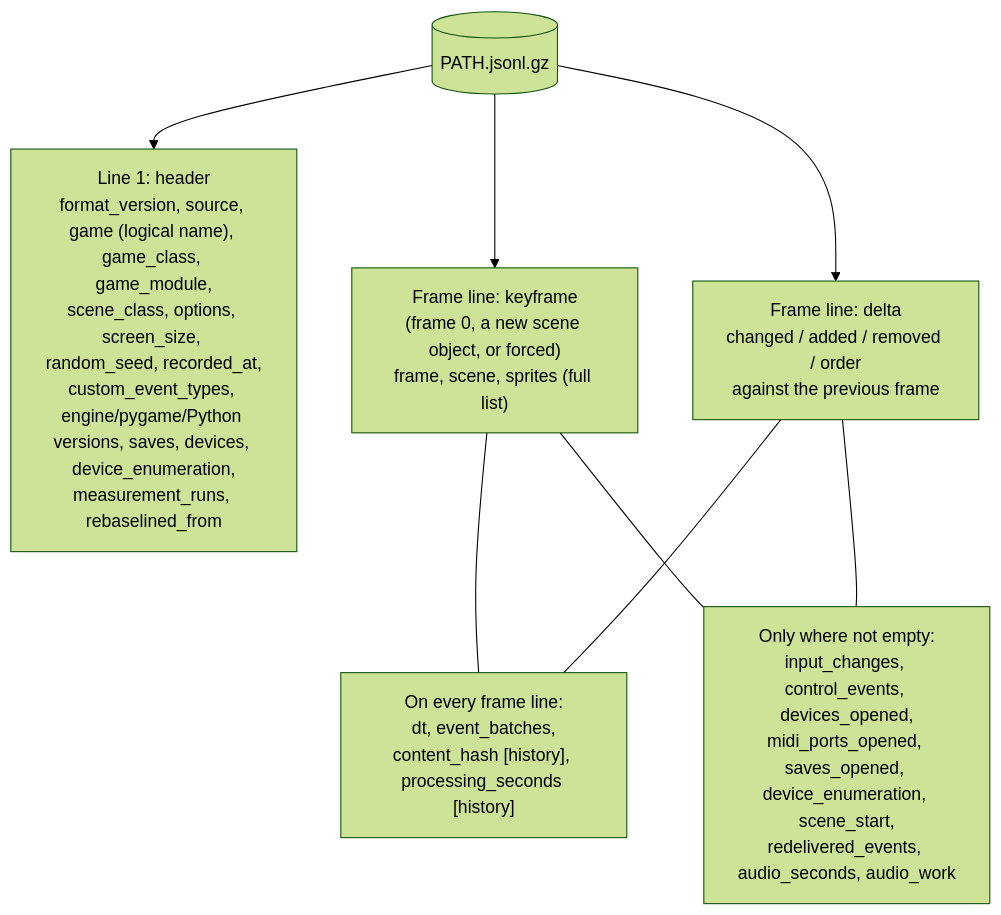
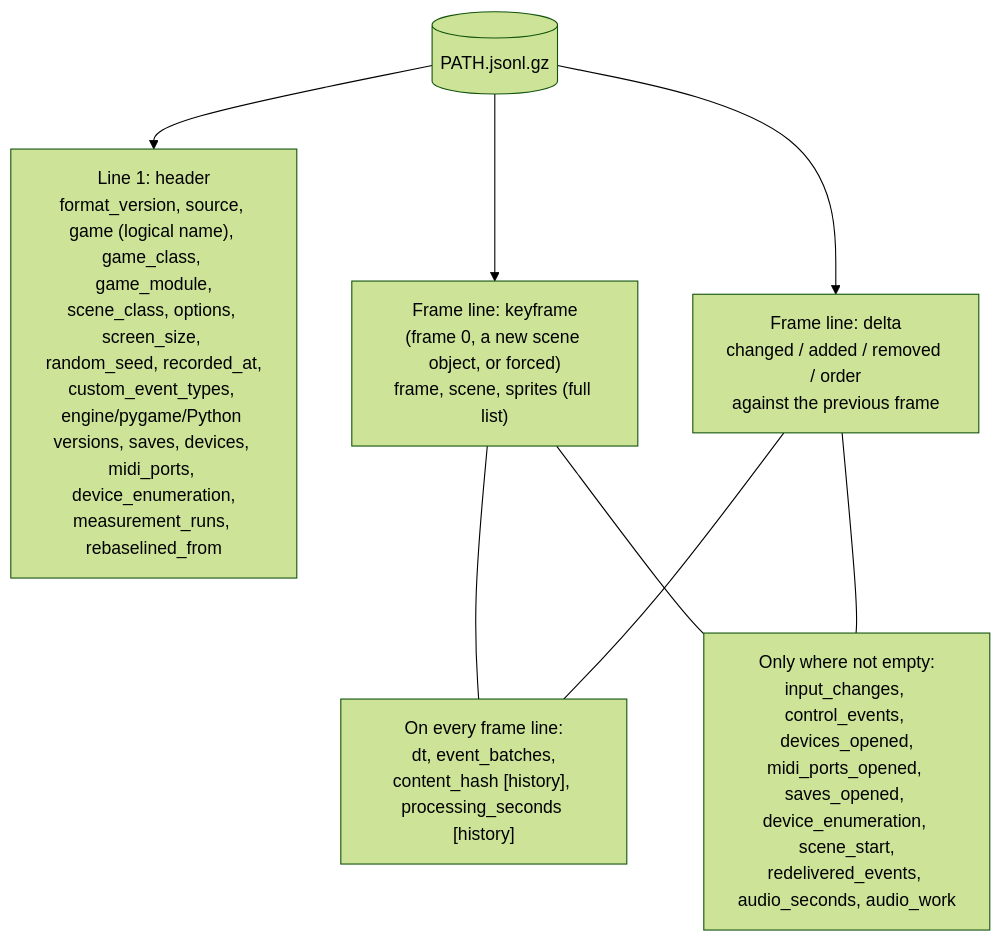
The first of 2 diagrams in docs/architecture/playback/recording-file.md (terrysimons/glitchygames), drawn with Mermaid (forest theme) before and after one commit. The commit also changed 11 other files, not shown here.

Commit message:
MIDI devices: the doors guard watches pygame.midi in every form; docs and plans match what was built

````diff
--- a/docs/architecture/playback/recording-file.md
+++ b/docs/architecture/playback/recording-file.md
@@ -17,17 +17,17 @@
 ```mermaid
 flowchart TD
     file[("PATH.jsonl.gz")]
-    header["Line 1: header<br/>format_version, source, game (logical name), game_class, game_module,<br/>scene_class, options, screen_size, random_seed, recorded_at,<br/>custom_event_types, engine/pygame/Python versions, saves, devices, device_enumeration,<br/>measurement_runs, rebaselined_from"]
+    header["Line 1: header<br/>format_version, source, game (logical name), game_class, game_module,<br/>scene_class, options, screen_size, random_seed, recorded_at,<br/>custom_event_types, engine/pygame/Python versions, saves, devices, midi_ports, device_enumeration,<br/>measurement_runs, rebaselined_from"]
     key["Frame line: keyframe<br/>(frame 0, a new scene object, or forced)<br/>frame, scene, sprites (full list)"]
     delta["Frame line: delta<br/>changed / added / removed / order<br/>against the previous frame"]
     always["On every frame line:<br/>dt, event_batches,<br/>content_hash [history], processing_seconds [history]"]
     sometimes["Only where not empty:<br/>input_changes, control_events, devices_opened,<br/>midi_ports_opened, saves_opened, device_enumeration, scene_start,<br/>redelivered_events, audio_seconds, audio_work"]
 
     file --> header
     file --> key
     file --> delta
     key --- always
     delta --- always
     key --- sometimes
     delta --- sometimes
 ```
````
